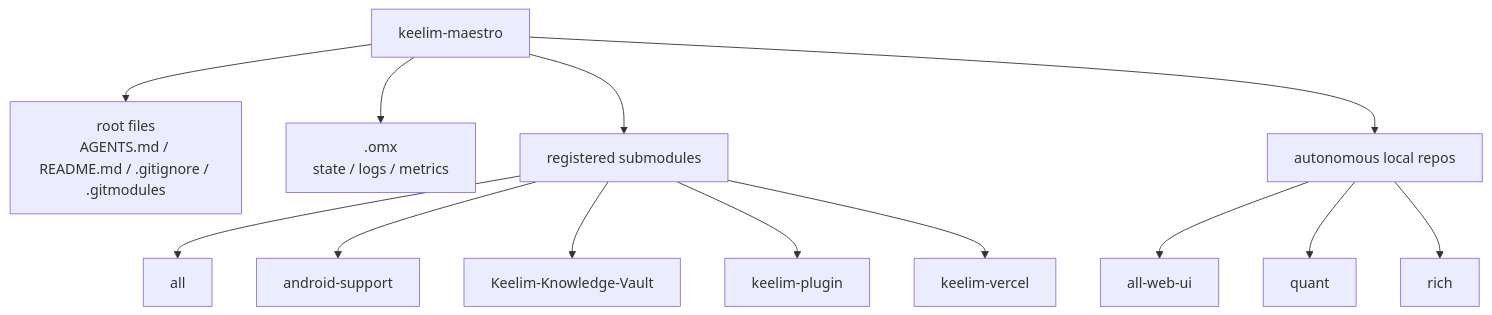
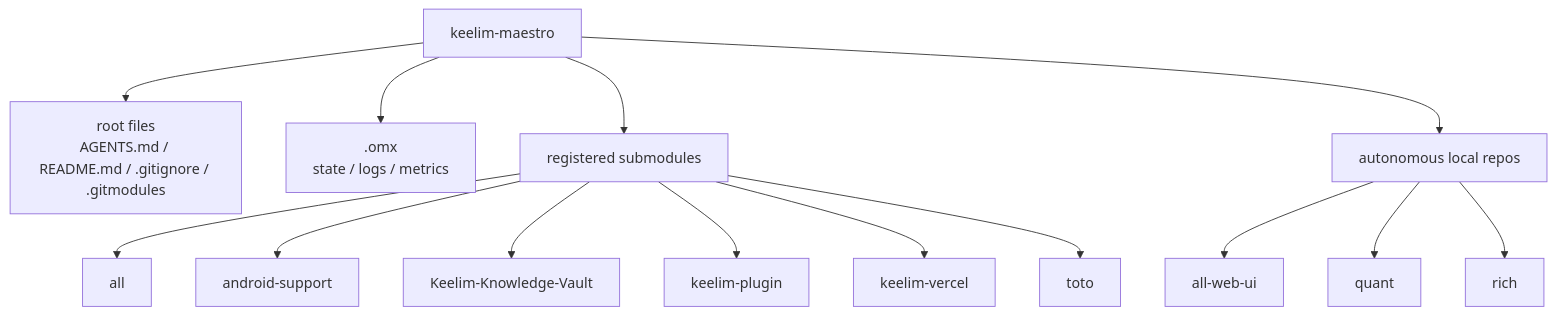
The diagram in README.md (keelim/keelim-maestro), drawn with Mermaid before and after one commit. The commit also changed other lines of this file and 1 other file, not shown here.

````diff
--- a/README.md
+++ b/README.md
@@ -7,19 +7,20 @@
 ```mermaid
 flowchart TB
     root["keelim-maestro"]
 
     root --> rootFiles["root files<br/>AGENTS.md / README.md / .gitignore / .gitmodules"]
     root --> omx[".omx<br/>state / logs / metrics"]
     root --> submodules["registered submodules"]
     root --> localRepos["autonomous local repos"]
 
     submodules --> all["all"]
     submodules --> android["android-support"]
     submodules --> vault["Keelim-Knowledge-Vault"]
     submodules --> skill["keelim-plugin"]
     submodules --> vercel["keelim-vercel"]
+    submodules --> toto["toto"]
 
     localRepos --> allWebUi["all-web-ui"]
     localRepos --> quant["quant"]
     localRepos --> rich["rich"]
 ```
````
